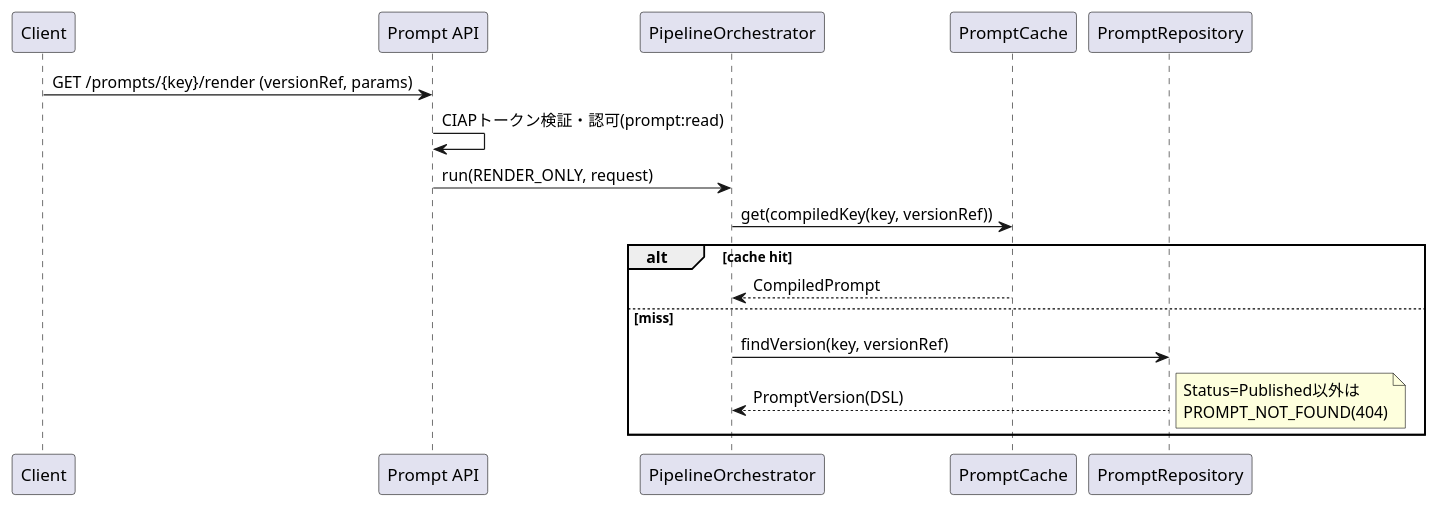
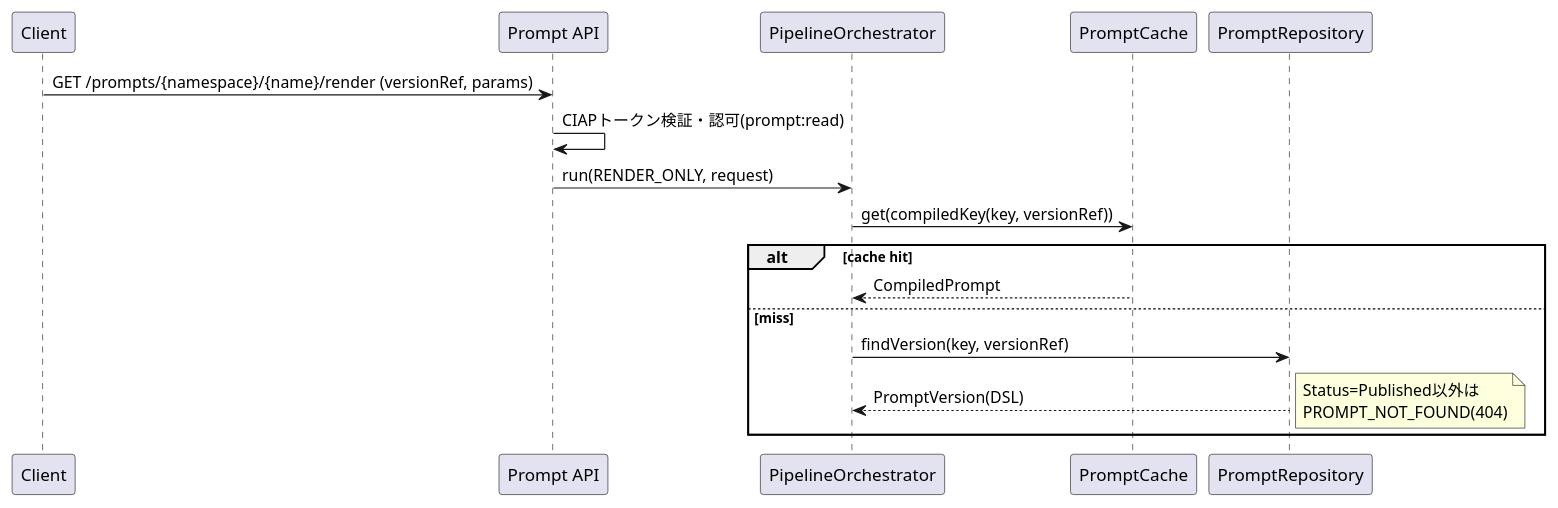
Before and after one commit to io0323/prompt-engine: the first of 17 diagrams in docs/PromptEngine_設計書.md, drawn with PlantUML. The commit also changed other lines of this file and 71 other files, not shown here.

````diff
--- a/docs/PromptEngine_設計書.md
+++ b/docs/PromptEngine_設計書.md
@@ -682,20 +685,20 @@
 ```plantuml
 @startuml
 participant Client
 participant "Prompt API" as API
 participant "PipelineOrchestrator" as PO
 participant "PromptCache" as Cache
 participant "PromptRepository" as Repo
-Client -> API : GET /prompts/{key}/render (versionRef, params)
+Client -> API : GET /prompts/{namespace}/{name}/render (versionRef, params)
 API -> API : CIAPトークン検証・認可(prompt:read)
 API -> PO : run(RENDER_ONLY, request)
 PO -> Cache : get(compiledKey(key, versionRef))
 alt cache hit
   Cache --> PO : CompiledPrompt
 else miss
   PO -> Repo : findVersion(key, versionRef)
   Repo --> PO : PromptVersion(DSL)
   note right : Status=Published以外は\nPROMPT_NOT_FOUND(404)
 end
 @enduml
 ```
````
